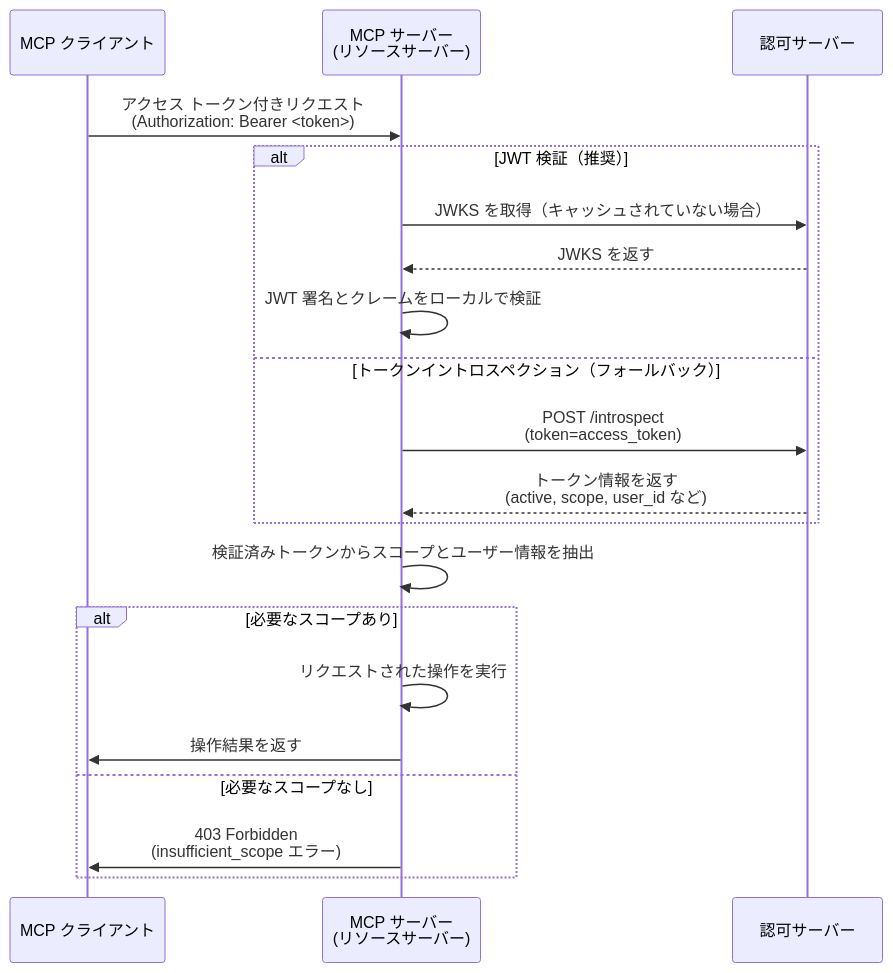
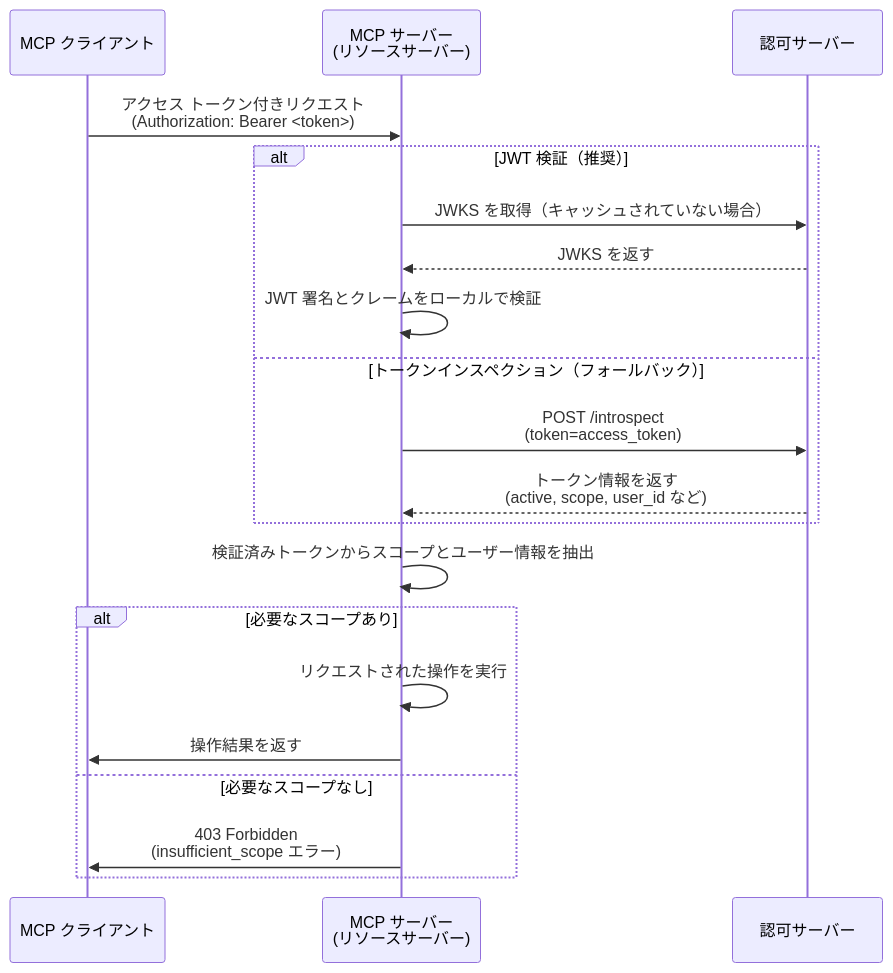
The second of 2 diagrams in i18n/ja/docusaurus-plugin-content-docs/current/tutorials/todo-manager/README.mdx (mcp-auth/docs), drawn with Mermaid before and after one commit. The commit also changed other lines of this file and 9 other files, not shown here.

````diff
--- a/i18n/ja/docusaurus-plugin-content-docs/current/tutorials/todo-manager/README.mdx
+++ b/i18n/ja/docusaurus-plugin-content-docs/current/tutorials/todo-manager/README.mdx
@@ -132,26 +132,26 @@
 ```mermaid
 sequenceDiagram
     participant Client as MCP クライアント
     participant Server as MCP サーバー<br/>(リソースサーバー)
     participant Auth as 認可サーバー
 
     Client->>Server: アクセス トークン付きリクエスト<br/>(Authorization: Bearer <token>)
 
     alt JWT 検証（推奨）
         Server->>Auth: JWKS を取得（キャッシュされていない場合）
         Auth-->>Server: JWKS を返す
         Server->>Server: JWT 署名とクレームをローカルで検証
-    else トークンイントロスペクション（フォールバック）
+    else トークンインスペクション（フォールバック）
         Server->>Auth: POST /introspect<br/>(token=access_token)
         Auth-->>Server: トークン情報を返す<br/>(active, scope, user_id など)
     end
 
     Server->>Server: 検証済みトークンからスコープとユーザー情報を抽出
 
     alt 必要なスコープあり
         Server->>Server: リクエストされた操作を実行
         Server->>Client: 操作結果を返す
     else 必要なスコープなし
         Server->>Client: 403 Forbidden<br/>(insufficient_scope エラー)
     end
 ```
````
